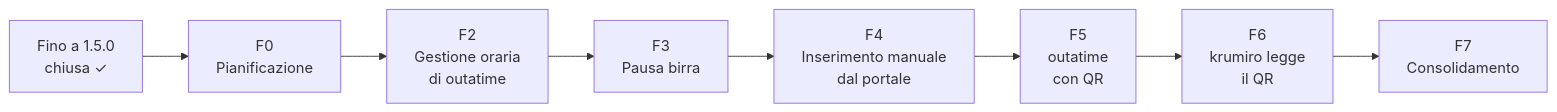
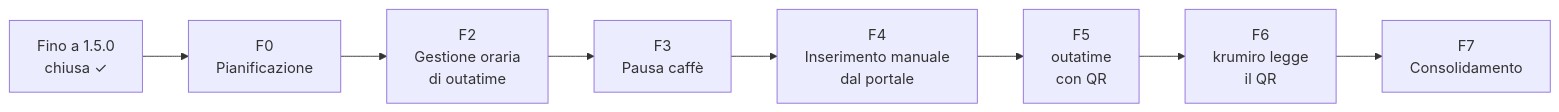
The diagram in docs/implementation/roadmap.md (gcampa/krumiro2.0), drawn with Mermaid before and after one commit. The commit also changed other lines of this file and 11 other files, not shown here.

````diff
--- a/docs/implementation/roadmap.md
+++ b/docs/implementation/roadmap.md
@@ -7,5 +7,5 @@
 ```mermaid
 flowchart LR
     F00[Fino a 1.5.0<br/>chiusa ✓] --> F0[F0<br/>Pianificazione] --> F2[F2<br/>Gestione oraria<br/>di outatime]
-    F2 --> F3[F3<br/>Pausa birra] --> F4[F4<br/>Inserimento manuale<br/>dal portale] --> F5[F5<br/>outatime<br/>con QR] --> F6[F6<br/>krumiro legge<br/>il QR] --> F7[F7<br/>Consolidamento]
+    F2 --> F3[F3<br/>Pausa caffè] --> F4[F4<br/>Inserimento manuale<br/>dal portale] --> F5[F5<br/>outatime<br/>con QR] --> F6[F6<br/>krumiro legge<br/>il QR] --> F7[F7<br/>Consolidamento]
 ```
````
